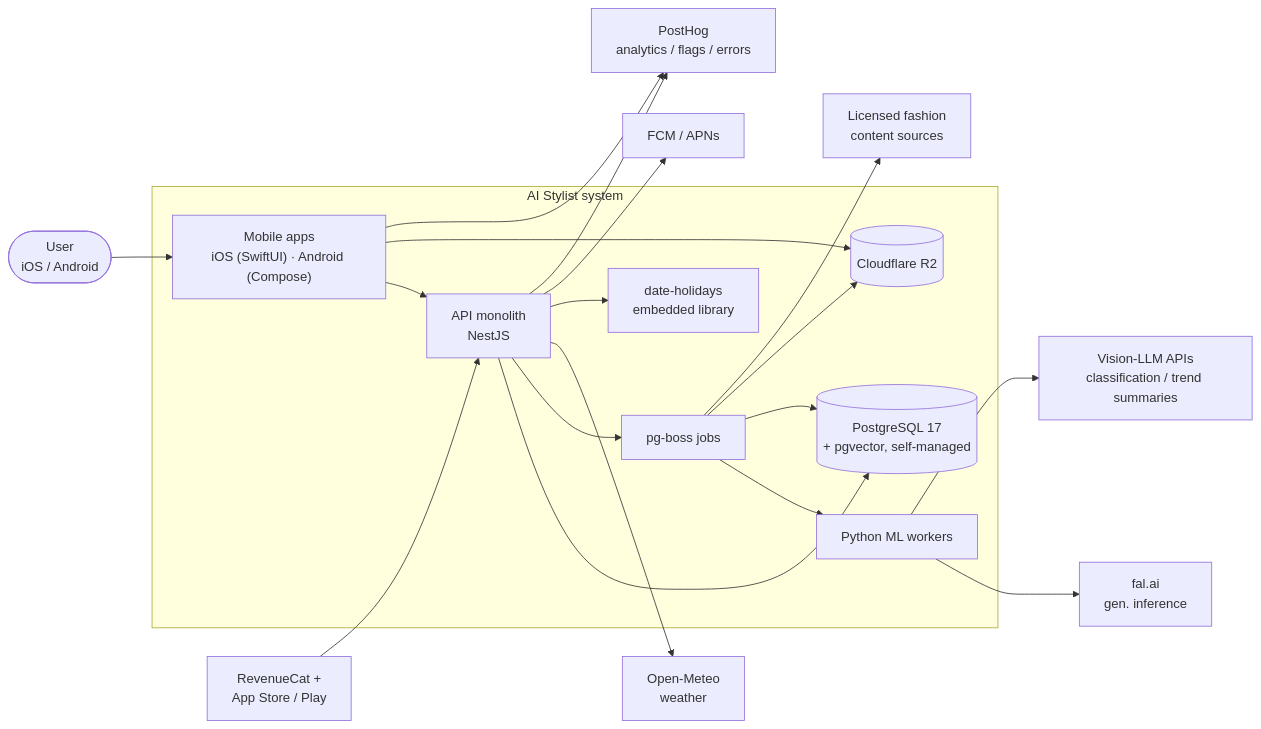
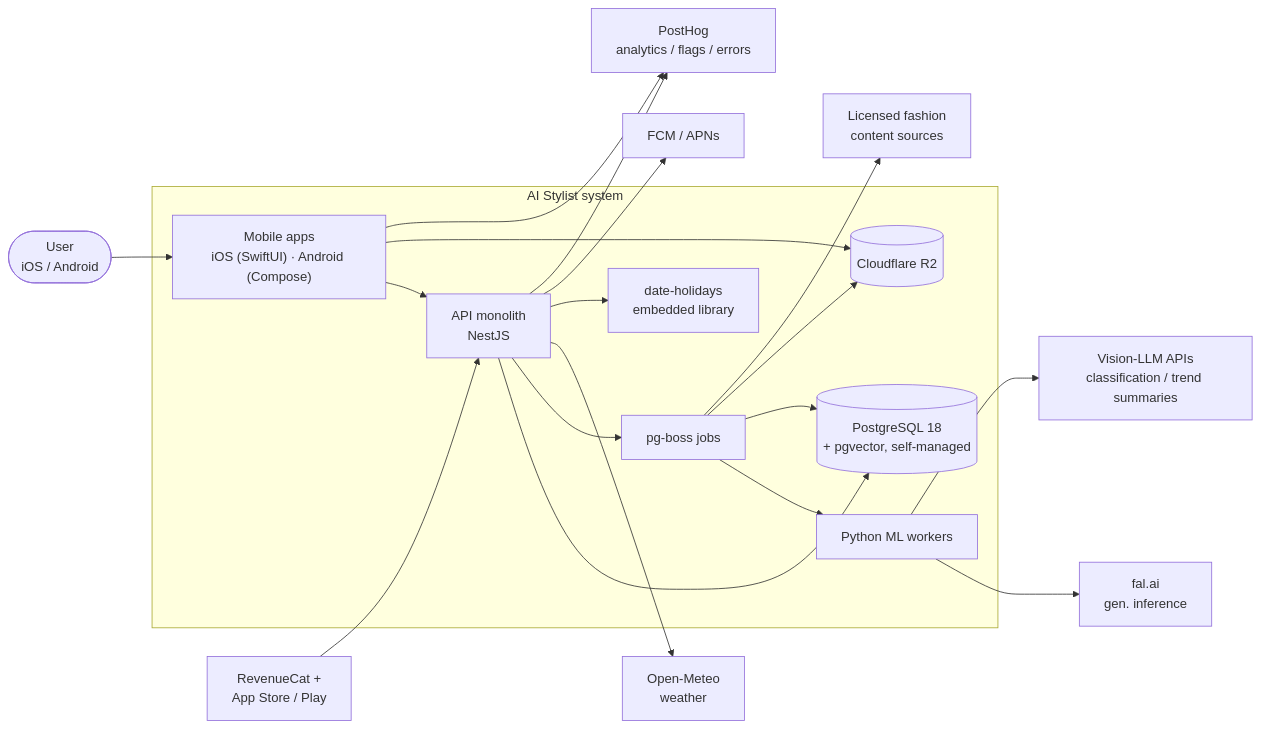
Before and after one commit to ArtMin96/ai-stylist: the first of 6 diagrams in planning/04-architecture.md, drawn with Mermaid. The commit also changed other lines of this file and 74 other files, not shown here.

````diff
--- a/planning/04-architecture.md
+++ b/planning/04-architecture.md
@@ -15,40 +15,40 @@
 ```mermaid
 flowchart LR
     user(["User<br/>iOS / Android"])
 
     subgraph system["AI Stylist system"]
         mobile["Mobile apps<br/>iOS (SwiftUI) · Android (Compose)"]
         api["API monolith<br/>NestJS"]
         jobs["pg-boss jobs"]
         ml["Python ML workers"]
-        pg[("PostgreSQL 17<br/>+ pgvector, self-managed")]
+        pg[("PostgreSQL 18<br/>+ pgvector, self-managed")]
         r2[("Cloudflare R2")]
         holidays["date-holidays<br/>embedded library"]
     end
 
     weather["Open-Meteo<br/>weather"]
     rc["RevenueCat +<br/>App Store / Play"]
     fal["fal.ai<br/>gen. inference"]
     llm["Vision-LLM APIs<br/>classification / trend summaries"]
     push["FCM / APNs"]
     ph["PostHog<br/>analytics / flags / errors"]
     content["Licensed fashion<br/>content sources"]
 
     user --> mobile
     mobile --> api
     mobile --> r2
     api --> pg
     api --> jobs
     jobs --> ml
     jobs --> pg
     jobs --> r2
     ml --> fal
     ml --> llm
     api --> weather
     api --> holidays
     rc --> api
     api --> push
     mobile --> ph
     api --> ph
     jobs --> content
 ```
````
